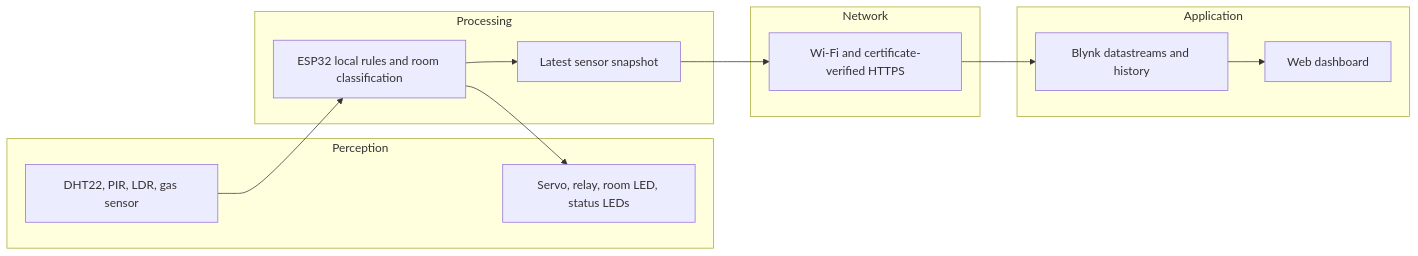
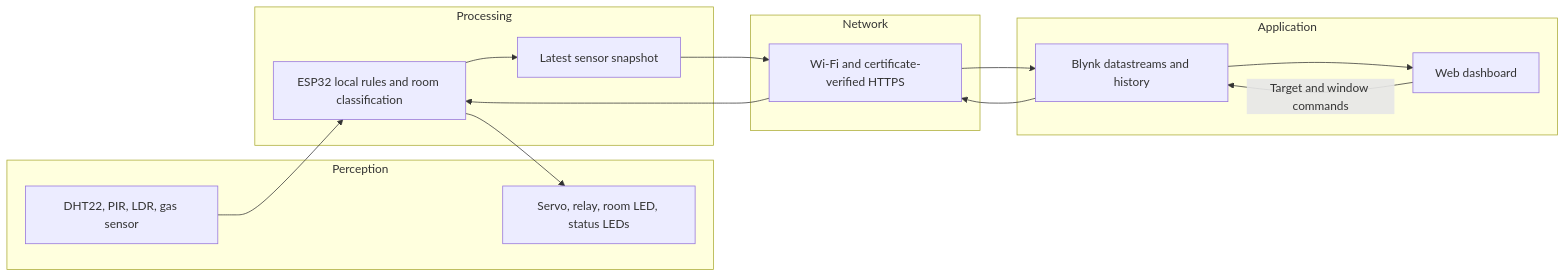
One commit to NagsaiRambhatla/Automation_And_IoT changed the diagram in README.md. Above: the diagram before and after it, drawn with Mermaid. The commit also changed other lines of this file and 9 other files, not shown here.

````diff
--- a/README.md
+++ b/README.md
@@ -63,20 +79,21 @@
 ```mermaid
 flowchart LR
   subgraph Perception
     S[DHT22, PIR, LDR, gas sensor]
     A[Servo, relay, room LED, status LEDs]
   end
   subgraph Processing
     E[ESP32 local rules and room classification]
     Q[Latest sensor snapshot]
   end
   subgraph Network
     N[Wi-Fi and certificate-verified HTTPS]
   end
   subgraph Application
     B[Blynk datastreams and history]
     D[Web dashboard]
   end
   S --> E --> A
   E --> Q --> N --> B --> D
+  D -->|Target and window commands| B --> N --> E
 ```
````
